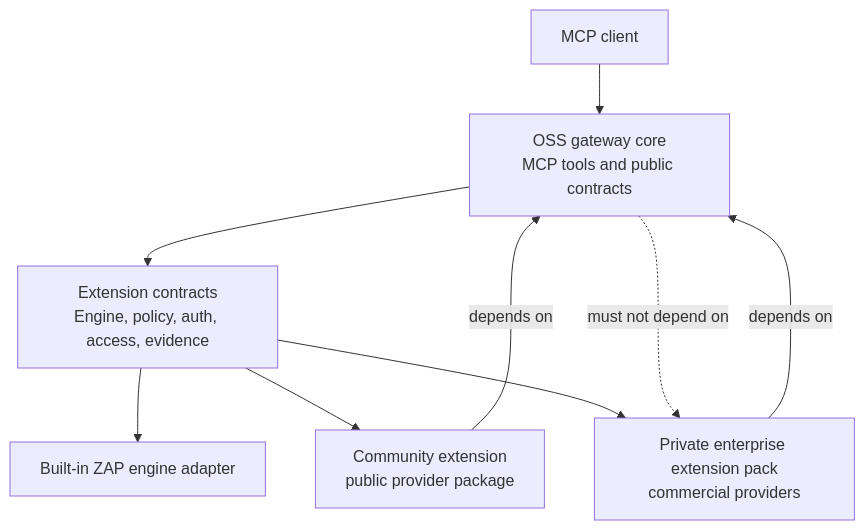
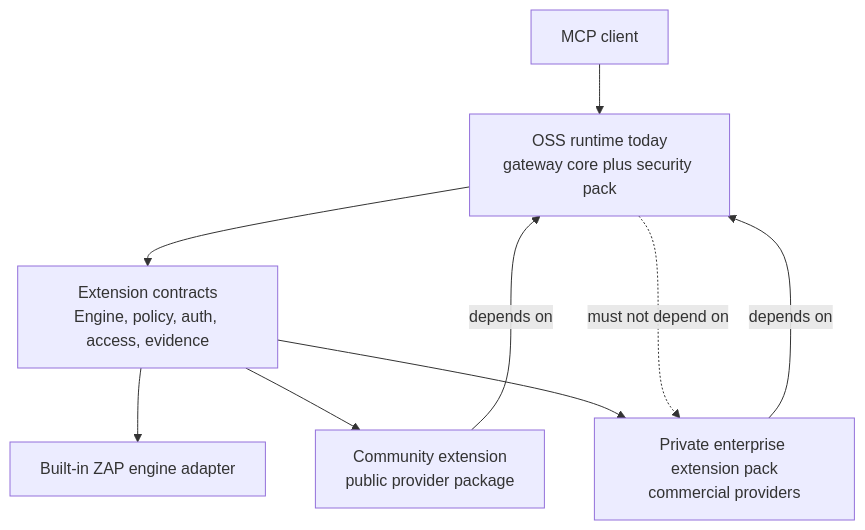
The diagram in docs/extensions/README.md (dtkmn/mcp-zap-server), drawn with Mermaid before and after one commit. The commit also changed other lines of this file and 29 other files, not shown here.

````diff
--- a/docs/extensions/README.md
+++ b/docs/extensions/README.md
@@ -48,18 +55,18 @@
 ```mermaid
 flowchart TD
   Client["MCP client"]
-  Core["OSS gateway core<br/>MCP tools and public contracts"]
+  Core["OSS runtime today<br/>gateway core plus security pack"]
   Contracts["Extension contracts<br/>Engine, policy, auth, access, evidence"]
   Zap["Built-in ZAP engine adapter"]
   Community["Community extension<br/>public provider package"]
   Enterprise["Private enterprise extension pack<br/>commercial providers"]
 
   Client --> Core
   Core --> Contracts
   Contracts --> Zap
   Contracts --> Community
   Contracts --> Enterprise
   Community -->|"depends on"| Core
   Enterprise -->|"depends on"| Core
   Core -.->|"must not depend on"| Enterprise
 ```
````
